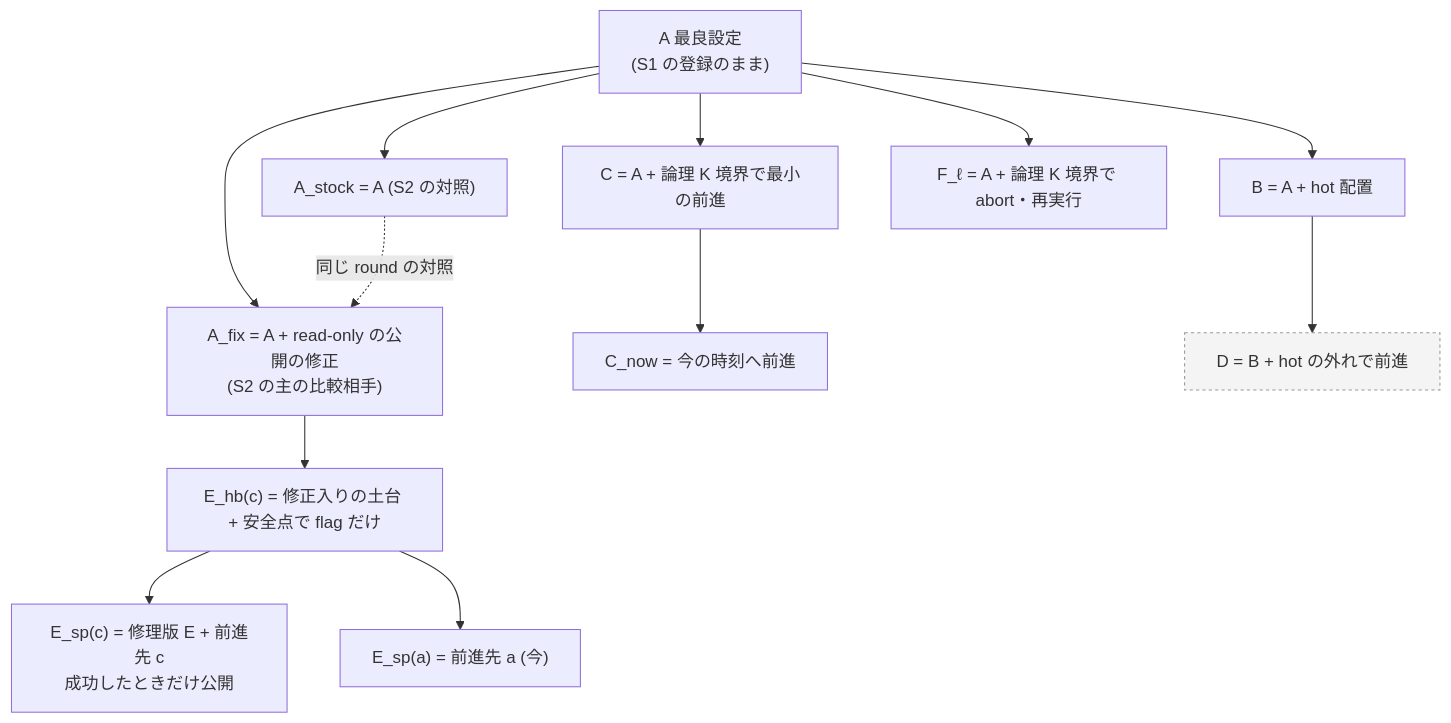
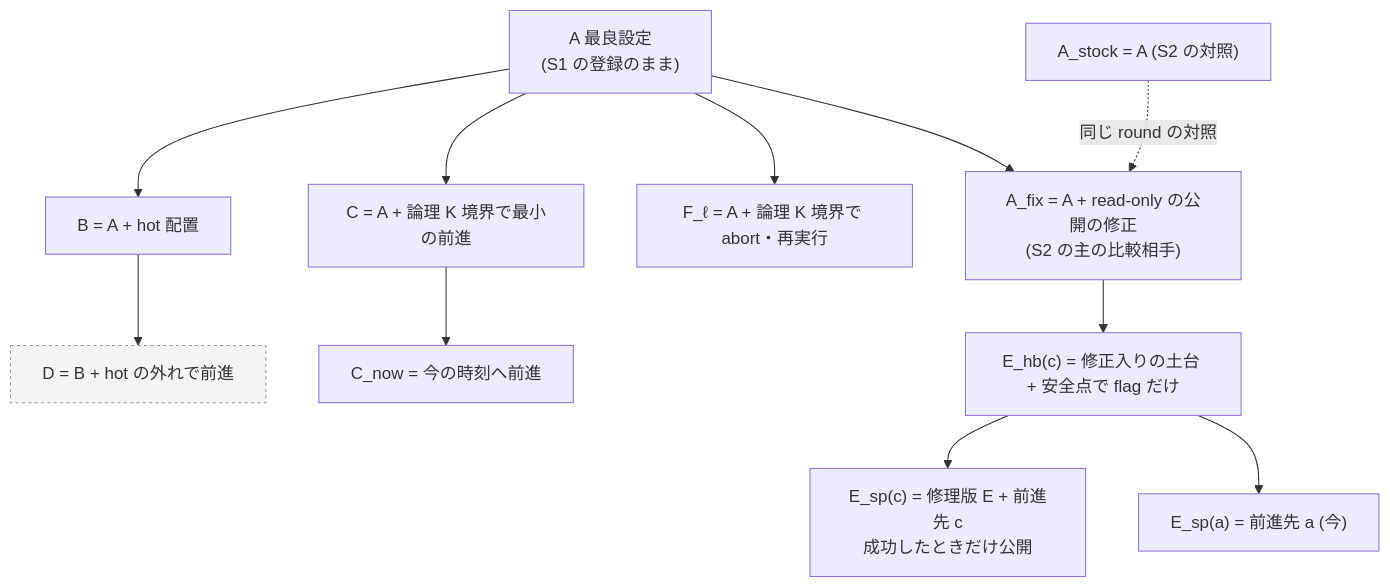
Diagram 33 of 41 in docs/paper-story-vhash/2026-10-01.md (thawk105/izanagi), drawn with Mermaid before and after one commit. The commit also changed other lines of this file and 4 other files, not shown here.

````diff
--- a/docs/paper-story-vhash/2026-10-01.md
+++ b/docs/paper-story-vhash/2026-10-01.md
@@ -1437,24 +1403,23 @@
 ```mermaid
 flowchart TB
   A["A 最良設定<br/>(S1 の登録のまま)"]
   Af["A_fix = A + read-only の公開の修正<br/>(S2 の主の比較相手)"]
   As["A_stock = A (S2 の対照)"]
   B["B = A + hot 配置"]
   C["C = A + 論理 K 境界で最小の前進"]
   Cn["C_now = 今の時刻へ前進"]
   Fl["F_ℓ = A + 論理 K 境界で abort・再実行"]
   Ehb["E_hb(c) = 修正入りの土台 + 安全点で flag だけ"]
   Esp["E_sp(c) = 修理版 E + 前進先 c<br/>成功したときだけ公開"]
   Ea["E_sp(a) = 前進先 a (今)"]
   D["D = B + hot の外れで前進"]
   A --> B & C & Fl
   C --> Cn
   A --> Af
-  A --> As
   Af --> Ehb --> Esp
   Ehb --> Ea
   B --> D
   As -.同じ round の対照.-> Af
   classDef later fill:#f4f4f4,stroke:#999,stroke-dasharray: 3 3
   class D later
 ```
````
